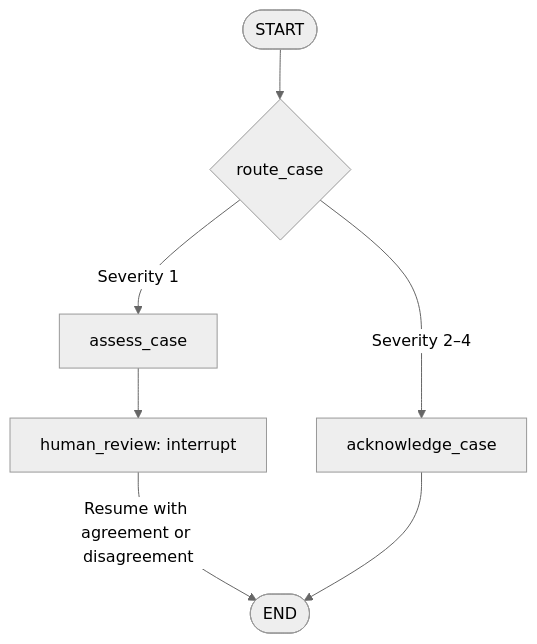
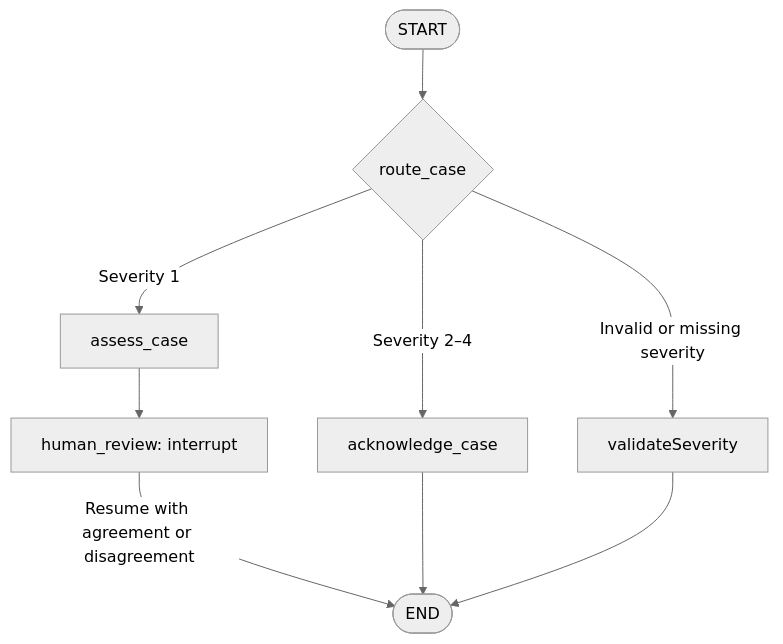
The diagram in Sev1_Review_Agent_Build_Spec.md (srushtitikekar/langchain-severity-review-assistant), drawn with Mermaid (neutral theme) before and after one commit. The commit also changed other lines of this file, not shown here.

````diff
--- a/Sev1_Review_Agent_Build_Spec.md
+++ b/Sev1_Review_Agent_Build_Spec.md
@@ -24,9 +25,11 @@
 ```mermaid
 flowchart TD
     S([START]) --> R{route_case}
     R -->|Severity 1| A[assess_case]
     R -->|Severity 2–4| C[acknowledge_case]
+    R -->|Invalid or missing severity| V[validateSeverity]
     A --> H[human_review: interrupt]
     H -->|Resume with agreement or disagreement| E([END])
     C --> E
+    V --> E
 ```
````
